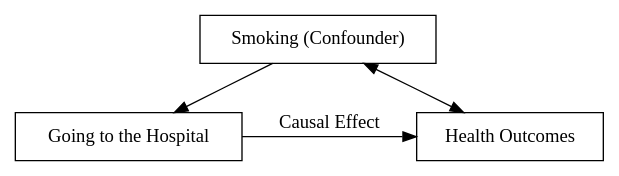
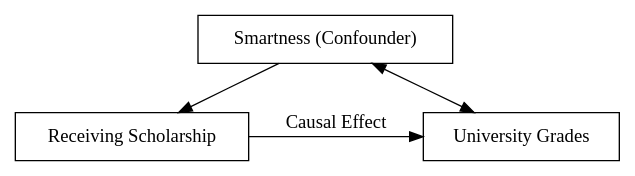
Before and after one commit to kevinpspe/kevinpspe.github.io: the diagram in weighting.qmd, drawn with Graphviz. The commit also changed other lines of this file and 28 other files, not shown here.

````diff
--- a/weighting.qmd
+++ b/weighting.qmd
@@ -40,18 +6,18 @@
 ```{dot}
 //| fig-width: 4
 //| fig-height: 1.1
 digraph example2 {
   // Nodes
-  D [shape=box, pos = "0,0!", label="Going to the Hospital"]
-  X [shape=box, pos = "2,0!", label="Smoking (Confounder)"]
-  Y [shape=box, pos = "1,-1!", label="Health Outcomes"]
+  D [shape=box, pos = "0,0!", label="Receiving Scholarship"]
+  X [shape=box, pos = "2,0!", label="Smartness (Confounder)"]
+  Y [shape=box, pos = "1,-1!", label="University Grades"]
 
   // Edges
   {rank=same; D -> Y [label="Causal Effect"]}
   X -> D
   X -> Y [dir=both]
   
   graph [nodesep=0.5, ranksep=0.5]
 
 }
 ```
````
